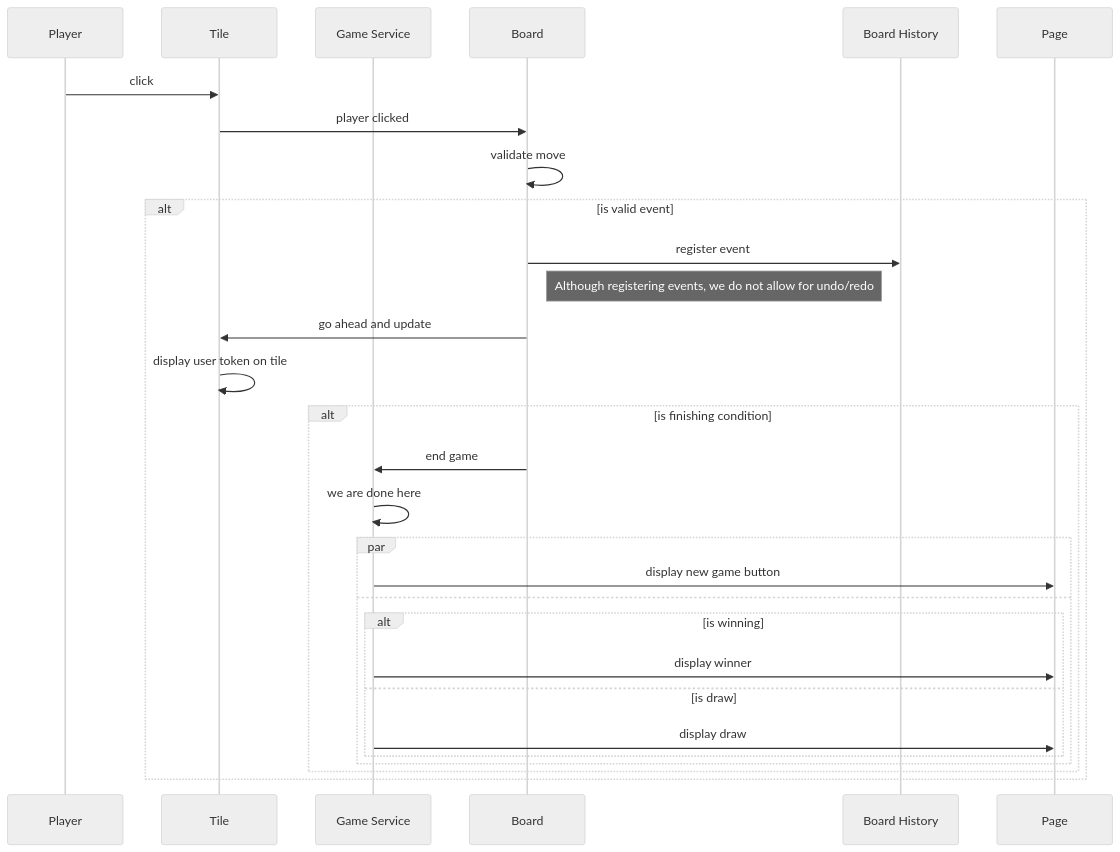
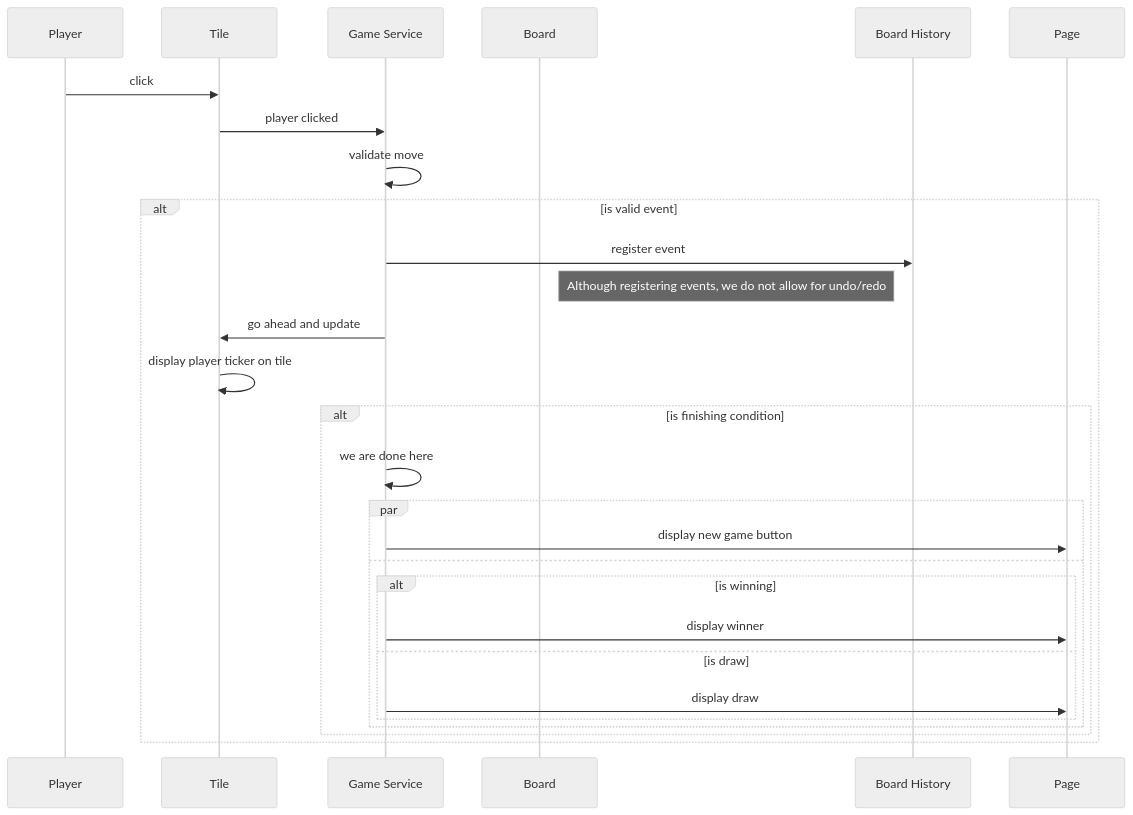
Before and after one commit to de-perotti/ember-tic-tac-toe: the third of 4 diagrams in README.md, drawn with Mermaid (neutral theme). The commit also changed other lines of this file, not shown here.

````diff
--- a/README.md
+++ b/README.md
@@ -145,35 +156,34 @@
 ```mermaid
 sequenceDiagram
 	participant player as Player
 	participant tile as Tile
 	participant service as Game Service
 	participant board as Board
 	participant board_history as Board History
 	participant page as Page
 	
 	
 	player ->> tile : click
-	tile ->> board : player clicked
-	board ->> board : validate move
+	tile ->> service : player clicked
+	service ->> service : validate move
 	alt is valid event
-		board ->> board_history : register event
+		service ->> board_history : register event
 			Note right of board: Although registering events, we do not allow for undo/redo
-		board ->> tile : go ahead and update
-		tile ->> tile : display user token on tile
+		service ->> tile : go ahead and update
+		tile ->> tile : display player ticker on tile
 
 		alt is finishing condition
-			board ->> service : end game
 			service ->> service : we are done here
 			par
 				service ->> page : display new game button
 			and
 				alt is winning
 					service ->> page : display winner
 				else is draw
 					service ->> page : display draw
 				end
 			end
 
 		end
 	end
 ```
````
